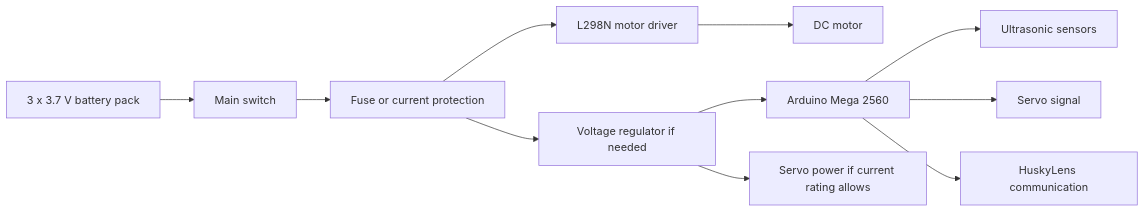
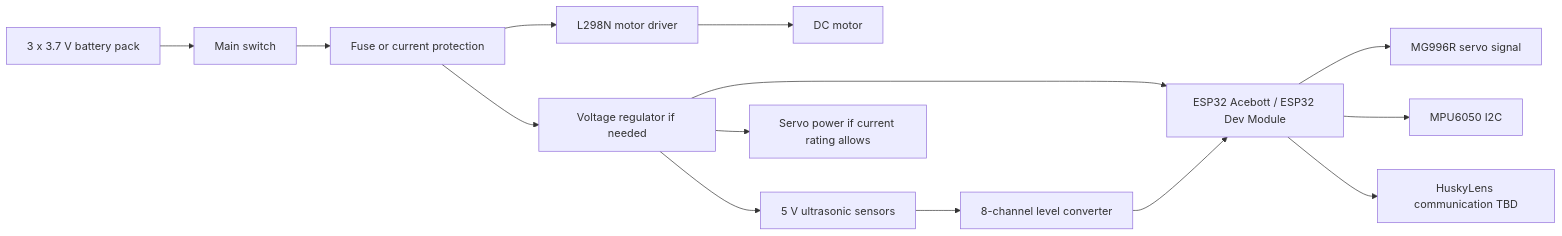
Before and after one commit to Yamilgmr/SKRobotics_WRO2026: the diagram in docs/04_power_and_sensors.md, drawn with Mermaid. The commit also changed other lines of this file and 25 other files, not shown here.

````diff
--- a/docs/04_power_and_sensors.md
+++ b/docs/04_power_and_sensors.md
@@ -9,13 +9,16 @@
 ```mermaid
 flowchart LR
     A["3 x 3.7 V battery pack"] --> B["Main switch"]
     B --> C["Fuse or current protection"]
     C --> D["L298N motor driver"]
     D --> E["DC motor"]
     C --> F["Voltage regulator if needed"]
-    F --> G["Arduino Mega 2560"]
-    G --> H["Ultrasonic sensors"]
-    G --> I["Servo signal"]
-    G --> K["HuskyLens communication"]
+    F --> G["ESP32 Acebott / ESP32 Dev Module"]
+    F --> H["5 V ultrasonic sensors"]
+    H --> L["8-channel level converter"]
+    L --> G
+    G --> I["MG996R servo signal"]
+    G --> M["MPU6050 I2C"]
+    G --> K["HuskyLens communication TBD"]
     F --> J["Servo power if current rating allows"]
 ```
````
